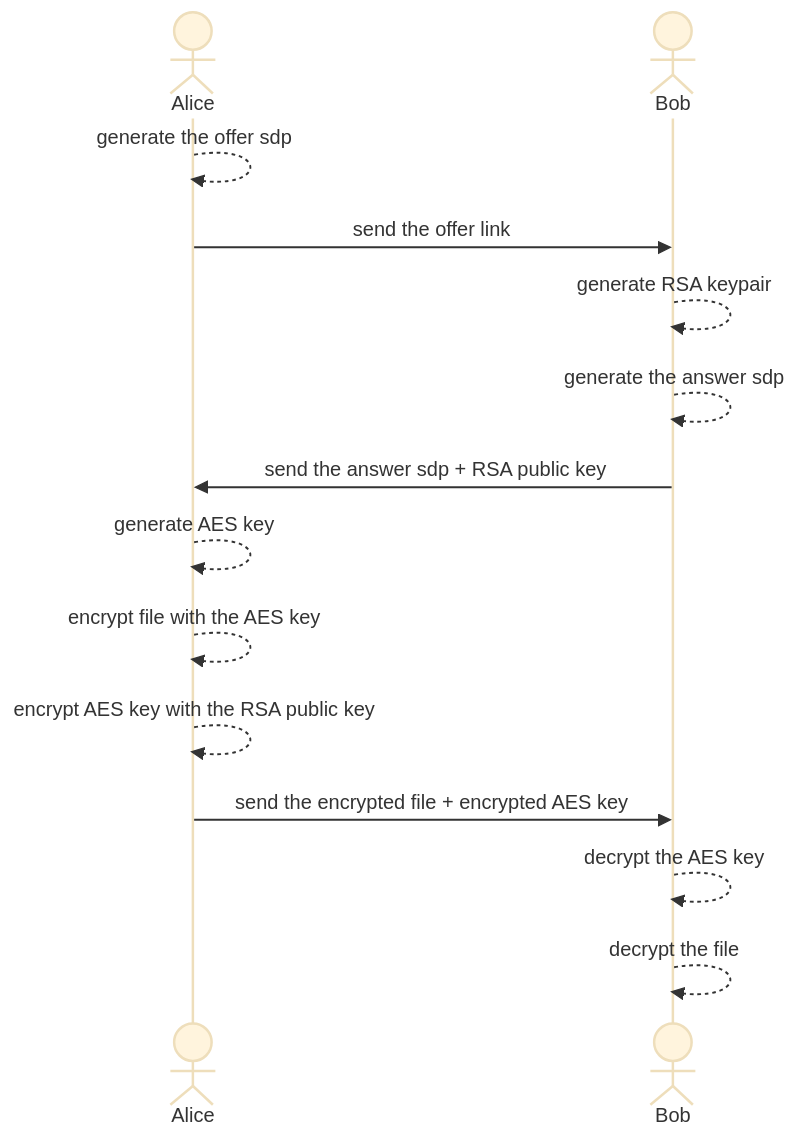
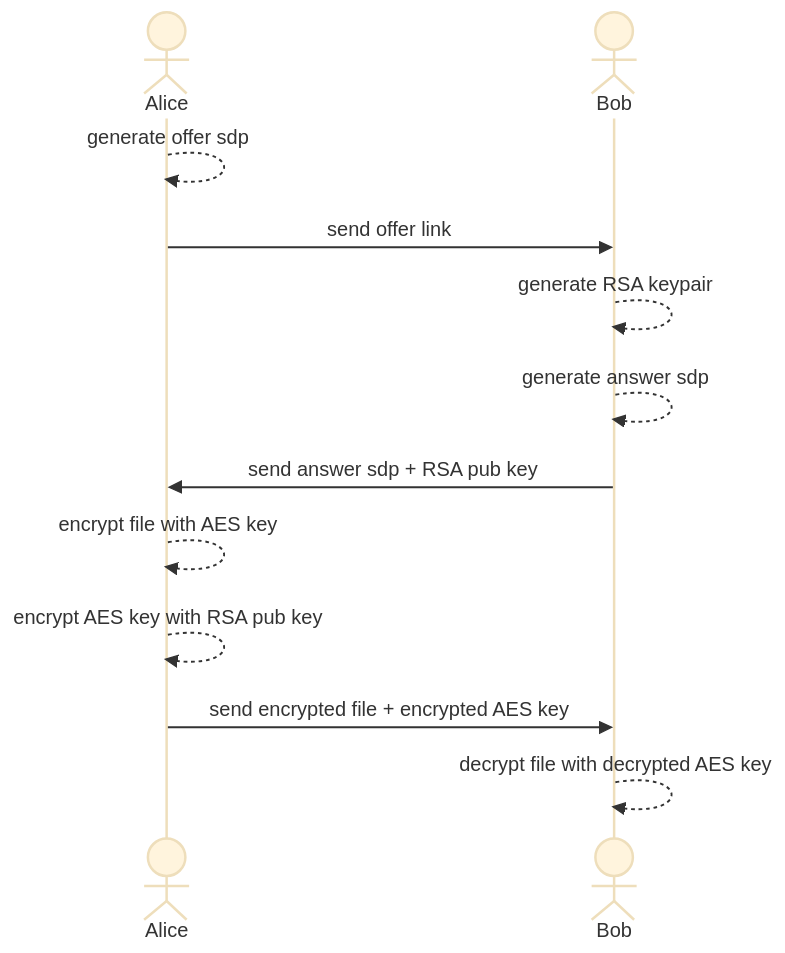
One commit to ntsd/zero-share changed the second of 2 diagrams in README.md. Above: the diagram before and after it, drawn with Mermaid (base theme). The commit also changed other lines of this file and 6 other files, not shown here.

````diff
--- a/README.md
+++ b/README.md
@@ -28,16 +57,14 @@
 ```mermaid
 sequenceDiagram
     actor Alice
     actor Bob
-    Alice-->>Alice: generate the offer sdp
-    Alice->>Bob: send the offer link
+    Alice-->>Alice: generate offer sdp
+    Alice->>Bob: send offer link
     Bob-->>Bob: generate RSA keypair
-    Bob-->>Bob: generate the answer sdp
-    Bob->>Alice: send the answer sdp + RSA public key
-    Alice-->>Alice: generate AES key
-    Alice-->>Alice: encrypt file with the AES key
-    Alice-->>Alice: encrypt AES key with the RSA public key
-    Alice->>Bob: send the encrypted file + encrypted AES key
-    Bob-->>Bob: decrypt the AES key
-    Bob-->>Bob: decrypt the file
+    Bob-->>Bob: generate answer sdp
+    Bob->>Alice: send answer sdp + RSA pub key
+    Alice-->>Alice: encrypt file with AES key
+    Alice-->>Alice: encrypt AES key with RSA pub key
+    Alice->>Bob: send encrypted file + encrypted AES key
+    Bob-->>Bob: decrypt file with decrypted AES key
 ```
````
